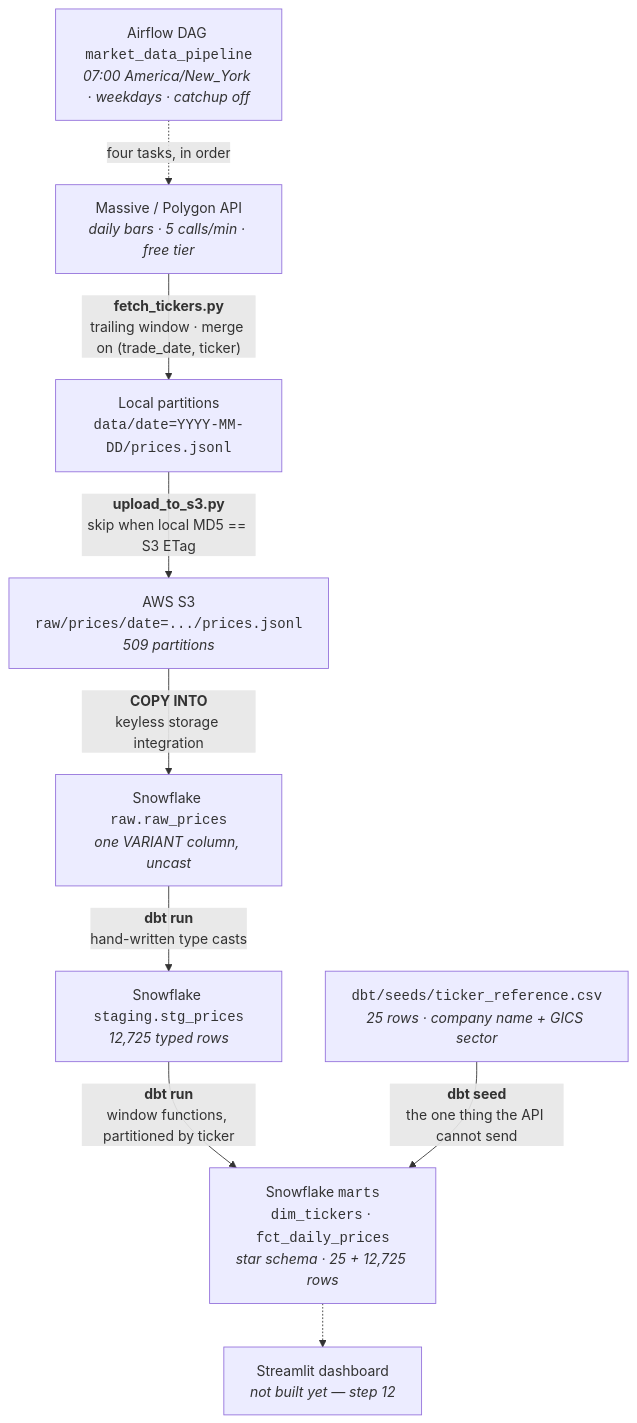
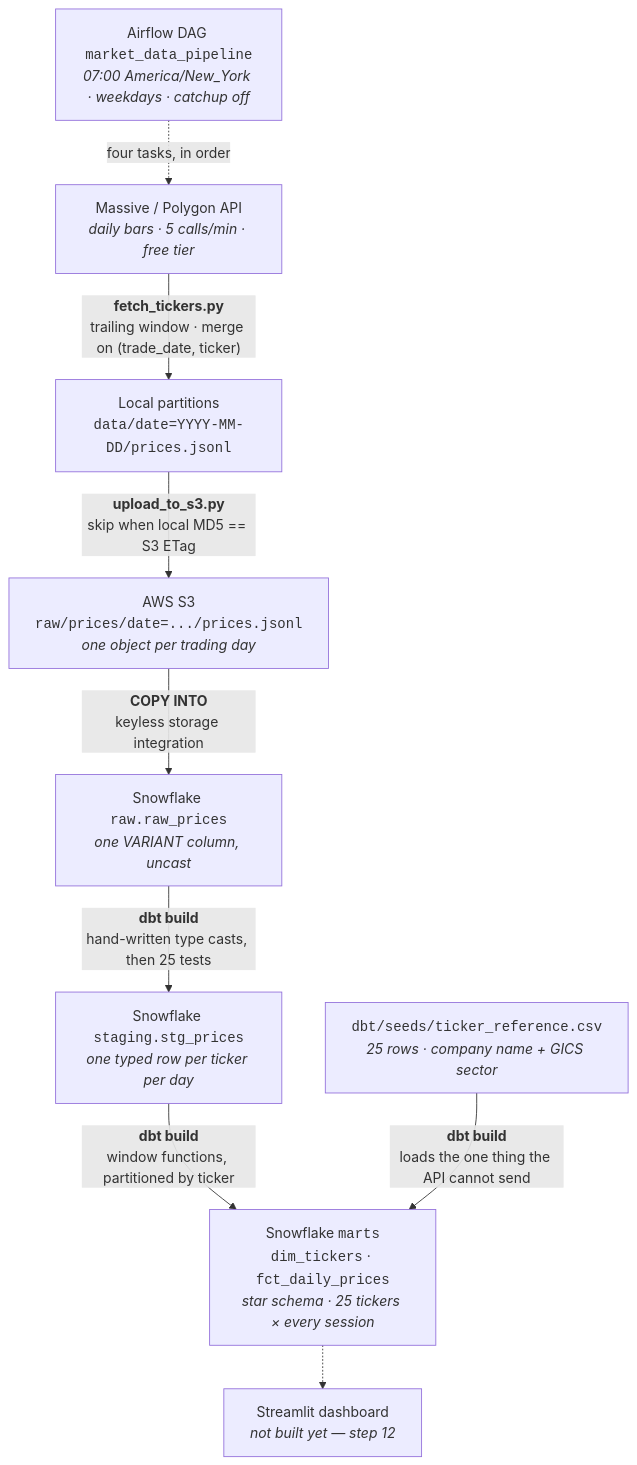
One commit to pratik-j-patel/market-data-pipeline changed the diagram in README.md. Above: the diagram before and after it, drawn with Mermaid. The commit also changed other lines of this file and 16 other files, not shown here.

Commit message:
Add 25 dbt tests and a weekday-counting freshness check

````diff
--- a/README.md
+++ b/README.md
@@ -31,21 +31,21 @@
 ```mermaid
 flowchart TD
     AF["Airflow DAG <code>market_data_pipeline</code><br/><i>07:00 America/New_York · weekdays · catchup off</i>"]
     API["Massive / Polygon API<br/><i>daily bars · 5 calls/min · free tier</i>"]
     LOCAL["Local partitions<br/><code>data/date=YYYY-MM-DD/prices.jsonl</code>"]
-    S3["AWS S3<br/><code>raw/prices/date=.../prices.jsonl</code><br/><i>509 partitions</i>"]
+    S3["AWS S3<br/><code>raw/prices/date=.../prices.jsonl</code><br/><i>one object per trading day</i>"]
     RAW["Snowflake <code>raw.raw_prices</code><br/><i>one VARIANT column, uncast</i>"]
-    STG["Snowflake <code>staging.stg_prices</code><br/><i>12,725 typed rows</i>"]
+    STG["Snowflake <code>staging.stg_prices</code><br/><i>one typed row per ticker per day</i>"]
     SEED["<code>dbt/seeds/ticker_reference.csv</code><br/><i>25 rows · company name + GICS sector</i>"]
-    MARTS["Snowflake <code>marts</code><br/><code>dim_tickers</code> · <code>fct_daily_prices</code><br/><i>star schema · 25 + 12,725 rows</i>"]
+    MARTS["Snowflake <code>marts</code><br/><code>dim_tickers</code> · <code>fct_daily_prices</code><br/><i>star schema · 25 tickers × every session</i>"]
     DASH["Streamlit dashboard<br/><i>not built yet — step 12</i>"]
 
     AF -.->|"four tasks, in order"| API
     API -->|"<b>fetch_tickers.py</b><br/>trailing window · merge on (trade_date, ticker)"| LOCAL
     LOCAL -->|"<b>upload_to_s3.py</b><br/>skip when local MD5 == S3 ETag"| S3
     S3 -->|"<b>COPY INTO</b><br/>keyless storage integration"| RAW
-    RAW -->|"<b>dbt run</b><br/>hand-written type casts"| STG
-    STG -->|"<b>dbt run</b><br/>window functions, partitioned by ticker"| MARTS
-    SEED -->|"<b>dbt seed</b><br/>the one thing the API cannot send"| MARTS
+    RAW -->|"<b>dbt build</b><br/>hand-written type casts, then 25 tests"| STG
+    STG -->|"<b>dbt build</b><br/>window functions, partitioned by ticker"| MARTS
+    SEED -->|"<b>dbt build</b><br/>loads the one thing the API cannot send"| MARTS
     MARTS -.-> DASH
 ```
````
